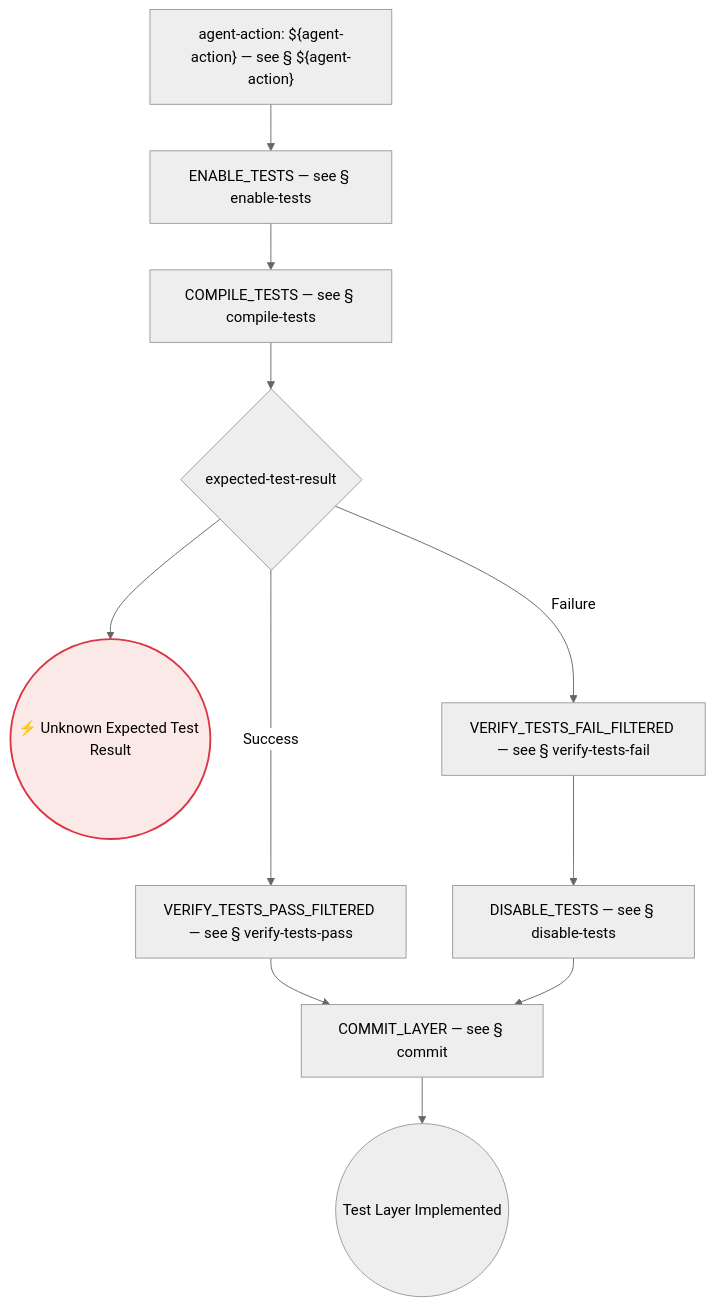
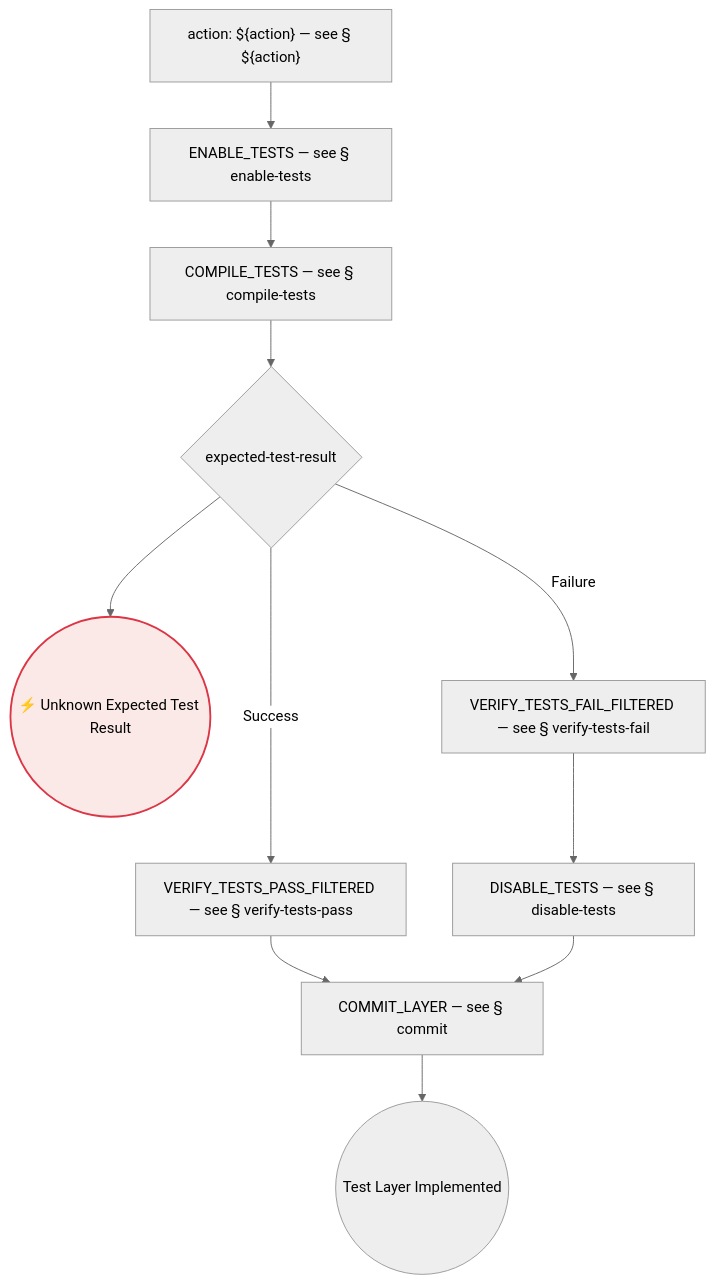
Before and after one commit to optivem/gh-optivem: diagram 23 of 50 in docs/process-diagram.md, drawn with Mermaid (neutral theme). The commit also changed other lines of this file and 6 other files, not shown here.

````diff
--- a/docs/process-diagram.md
+++ b/docs/process-diagram.md
@@ -480,27 +480,27 @@
 ```mermaid
 flowchart TD
-    CALL_AGENT_ACTION["agent-action: ${agent-action} — see § ${agent-action}"]
     COMMIT_LAYER[COMMIT_LAYER — see § commit]
     COMPILE_TESTS[COMPILE_TESTS — see § compile-tests]
     DISABLE_TESTS[DISABLE_TESTS — see § disable-tests]
     ENABLE_TESTS[ENABLE_TESTS — see § enable-tests]
     GATE_EXPECTED_TEST_RESULT{expected-test-result}
     IMPLEMENT_TEST_LAYER_END((Test Layer Implemented))
+    RUN_ACTION["action: ${action} — see § ${action}"]
     UNKNOWN_EXPECTED_TEST_RESULT((⚡ Unknown Expected Test Result))
     VERIFY_TESTS_FAIL_FILTERED[VERIFY_TESTS_FAIL_FILTERED — see § verify-tests-fail]
     VERIFY_TESTS_PASS_FILTERED[VERIFY_TESTS_PASS_FILTERED — see § verify-tests-pass]
 
-    CALL_AGENT_ACTION --> ENABLE_TESTS
+    RUN_ACTION --> ENABLE_TESTS
     ENABLE_TESTS --> COMPILE_TESTS
     COMPILE_TESTS --> GATE_EXPECTED_TEST_RESULT
     GATE_EXPECTED_TEST_RESULT -- Success --> VERIFY_TESTS_PASS_FILTERED
     GATE_EXPECTED_TEST_RESULT -- Failure --> VERIFY_TESTS_FAIL_FILTERED
     GATE_EXPECTED_TEST_RESULT --> UNKNOWN_EXPECTED_TEST_RESULT
     VERIFY_TESTS_PASS_FILTERED --> COMMIT_LAYER
     VERIFY_TESTS_FAIL_FILTERED --> DISABLE_TESTS
     DISABLE_TESTS --> COMMIT_LAYER
     COMMIT_LAYER --> IMPLEMENT_TEST_LAYER_END
 
     classDef errorEndNode fill:#fbe9e7,stroke:#dc3545,stroke-width:2px,color:#000000
     class UNKNOWN_EXPECTED_TEST_RESULT errorEndNode
 ```
````
